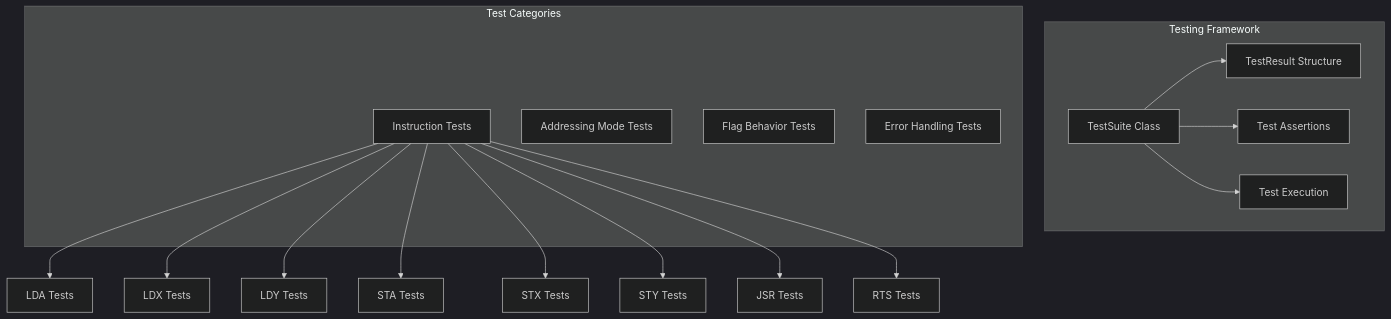
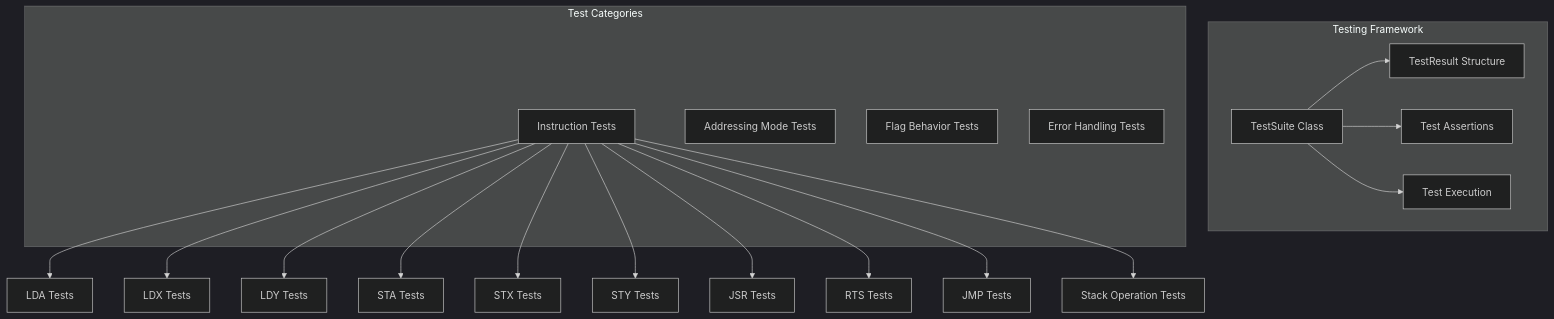
Before and after one commit to dtg-lucifer/6502_emulator: the diagram in docs/TESTING.md, drawn with Mermaid (dark theme). The commit also changed other lines of this file and 4 other files, not shown here.

````diff
--- a/docs/TESTING.md
+++ b/docs/TESTING.md
@@ -11,24 +11,26 @@
 ```mermaid
 graph TD
     subgraph "Testing Framework"
         TestSuite["TestSuite Class"] --> TestResult["TestResult Structure"]
         TestSuite --> Assertions["Test Assertions"]
         TestSuite --> TestExecution["Test Execution"]
     end
 
     subgraph "Test Categories"
         InstructionTests["Instruction Tests"]
         AddressingModeTests["Addressing Mode Tests"]
         FlagTests["Flag Behavior Tests"]
         ErrorHandlingTests["Error Handling Tests"]
     end
 
     InstructionTests --> LDA["LDA Tests"]
     InstructionTests --> LDX["LDX Tests"]
     InstructionTests --> LDY["LDY Tests"]
     InstructionTests --> STA["STA Tests"]
     InstructionTests --> STX["STX Tests"]
     InstructionTests --> STY["STY Tests"]
     InstructionTests --> JSR["JSR Tests"]
     InstructionTests --> RTS["RTS Tests"]
+    InstructionTests --> JMP["JMP Tests"]
+    InstructionTests --> Stack["Stack Operation Tests"]
 ```
````
